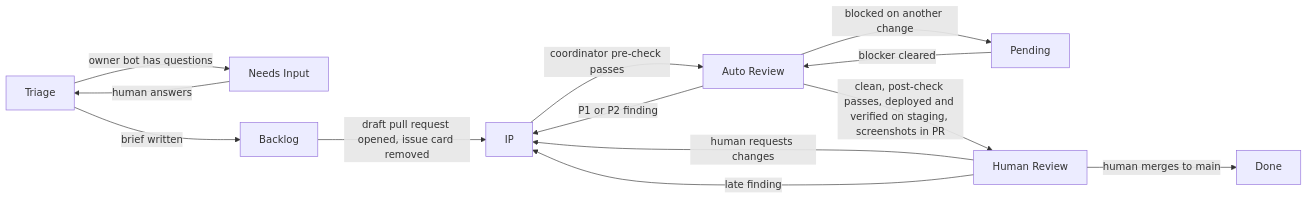
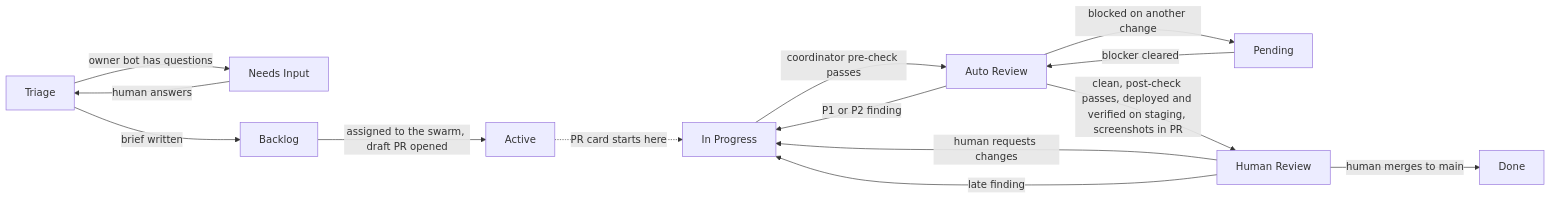
Before and after one commit to tangentcode/methodology: the diagram in workflow.md, drawn with Mermaid. The commit also changed other lines of this file and 11 other files, not shown here.

First line of the commit message:
Board: Active requires a swarm assignment and a real link (#32)

````diff
--- a/workflow.md
+++ b/workflow.md
@@ -34,15 +39,16 @@
 ```mermaid
 flowchart LR
     T[Triage] -->|owner bot has questions| NI[Needs Input]
     T -->|brief written| B[Backlog]
     NI -->|human answers| T
-    B -->|draft pull request opened, issue card removed| IP
+    B -->|assigned to the swarm, draft PR opened| AC[Active]
+    AC -.->|PR card starts here| IP[In Progress]
     IP -->|coordinator pre-check passes| AR[Auto Review]
     AR -->|P1 or P2 finding| IP
     AR -->|blocked on another change| P[Pending]
     P -->|blocker cleared| AR
     AR -->|clean, post-check passes, deployed and verified on staging, screenshots in PR| HR[Human Review]
     HR -->|human requests changes| IP
     HR -->|late finding| IP
     HR -->|human merges to main| D[Done]
 ```
````
